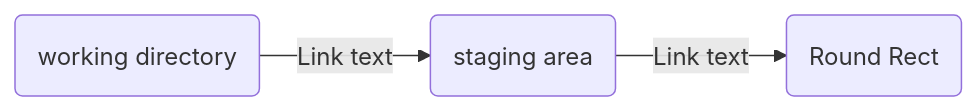
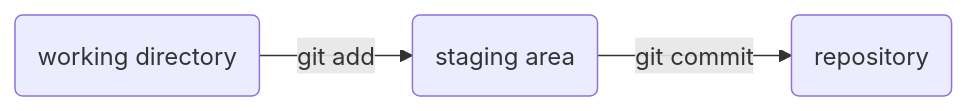
One commit to Luming-L/Project changed the diagram in git.md. Above: the diagram before and after it, drawn with Mermaid. The commit also changed other lines of this file, not shown here.

Commit message:
git.md updated from https://stackedit.io/

````diff
--- a/git.md
+++ b/git.md
@@ -70,5 +70,5 @@
  ```mermaid
 graph LR
-A(working directory) -- Link text --> B(staging area)
-B  -- Link text --> C(Round Rect)
+A(working directory) -- git add --> B(staging area)
+B  -- git commit --> C(repository)
 ```
````
